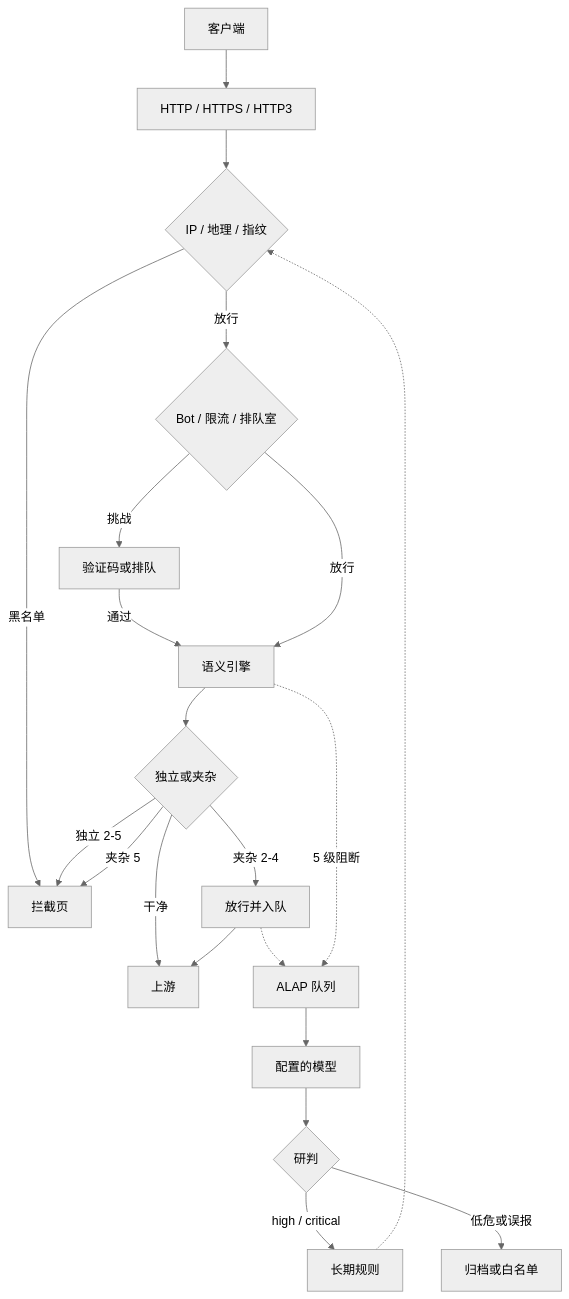
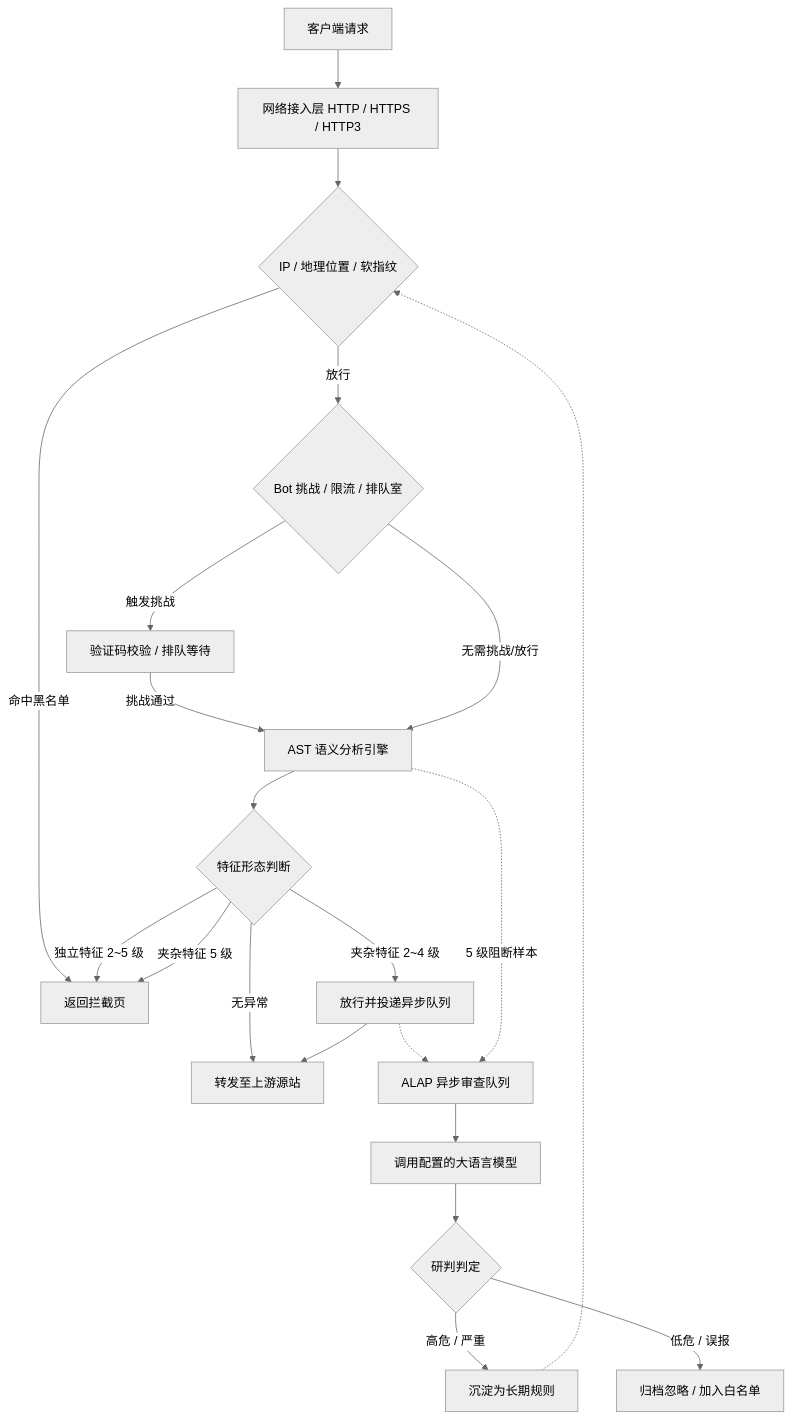
Before and after one commit to LaokeQwQ/CheeseSec_Docs: the diagram in content/docs/cheesewaf/concepts/pipeline.zh.md, drawn with Mermaid (neutral theme). The commit also changed other lines of this file and 86 other files, not shown here.

Commit message:
更新 CheeseWAF 手册文案，并换成新的站点图标。

````diff
--- a/content/docs/cheesewaf/concepts/pipeline.zh.md
+++ b/content/docs/cheesewaf/concepts/pipeline.zh.md
@@ -8,23 +10,23 @@
 ```mermaid
 flowchart TB
-  Client[客户端] --> Ingress[HTTP / HTTPS / HTTP3]
-  Ingress --> IP{IP / 地理 / 指纹}
-  IP -->|黑名单| Block[拦截页]
-  IP -->|放行| Bot{Bot / 限流 / 排队室}
-  Bot -->|挑战| Challenge[验证码或排队]
-  Challenge -->|通过| Sem
-  Bot -->|放行| Sem[语义引擎]
-  Sem --> Shape{独立或夹杂}
-  Shape -->|独立 2-5| Block
-  Shape -->|夹杂 5| Block
-  Shape -->|夹杂 2-4| Pass[放行并入队]
-  Shape -->|干净| Origin[上游]
+  Client[客户端请求] --> Ingress[网络接入层 HTTP / HTTPS / HTTP3]
+  Ingress --> IP{IP / 地理位置 / 软指纹}
+  IP -->|命中黑名单| Block[返回拦截页]
+  IP -->|放行| Bot{Bot 挑战 / 限流 / 排队室}
+  Bot -->|触发挑战| Challenge[验证码校验 / 排队等待]
+  Challenge -->|挑战通过| Sem
+  Bot -->|无需挑战/放行| Sem[AST 语义分析引擎]
+  Sem --> Shape{特征形态判断}
+  Shape -->|独立特征 2~5 级| Block
+  Shape -->|夹杂特征 5 级| Block
+  Shape -->|夹杂特征 2~4 级| Pass[放行并投递异步队列]
+  Shape -->|无异常| Origin[转发至上游源站]
   Pass --> Origin
-  Pass -.-> Queue[ALAP 队列]
-  Sem -.->|5 级阻断| Queue
-  Queue --> LLM[配置的模型]
-  LLM --> Review{研判}
-  Review -->|high / critical| Rule[长期规则]
-  Review -->|低危或误报| Dismiss[归档或白名单]
+  Pass -.-> Queue[ALAP 异步审查队列]
+  Sem -.->|5 级阻断样本| Queue
+  Queue --> LLM[调用配置的大语言模型]
+  LLM --> Review{研判判定}
+  Review -->|高危 / 严重| Rule[沉淀为长期规则]
+  Review -->|低危 / 误报| Dismiss[归档忽略 / 加入白名单]
   Rule -.-> IP
 ```
````
